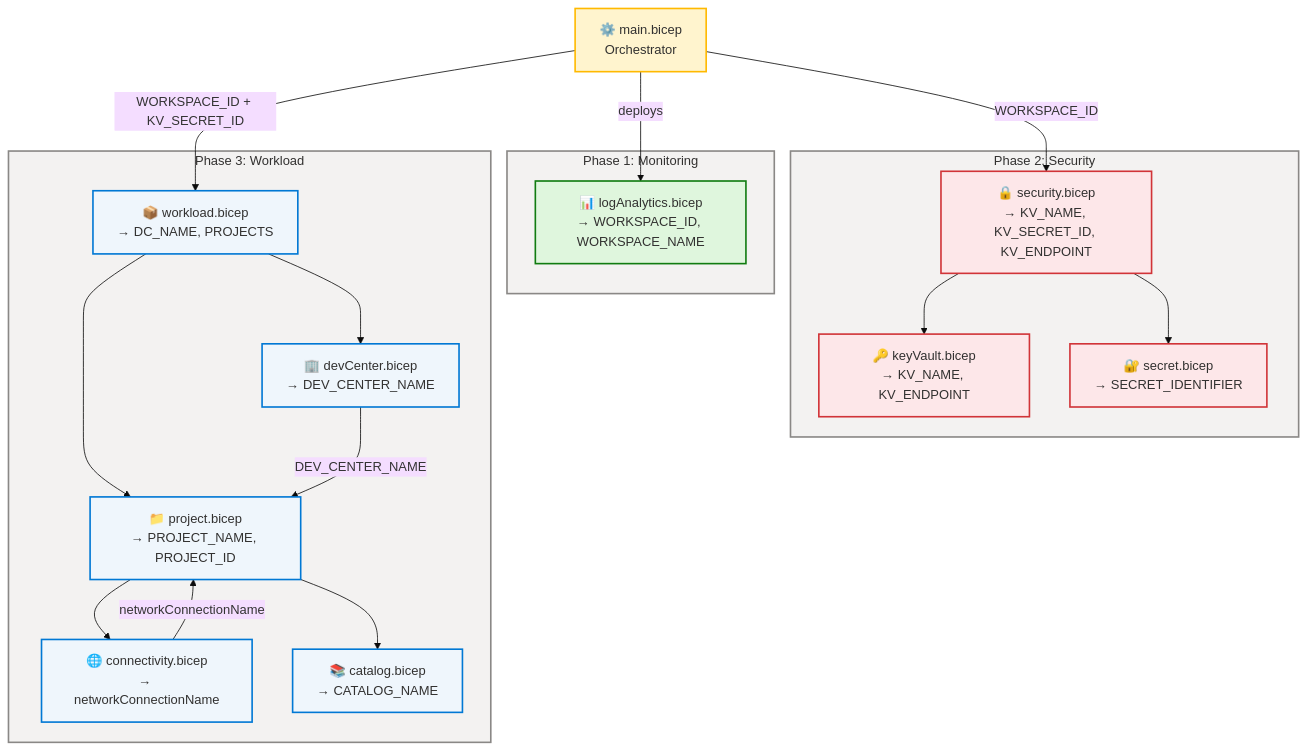
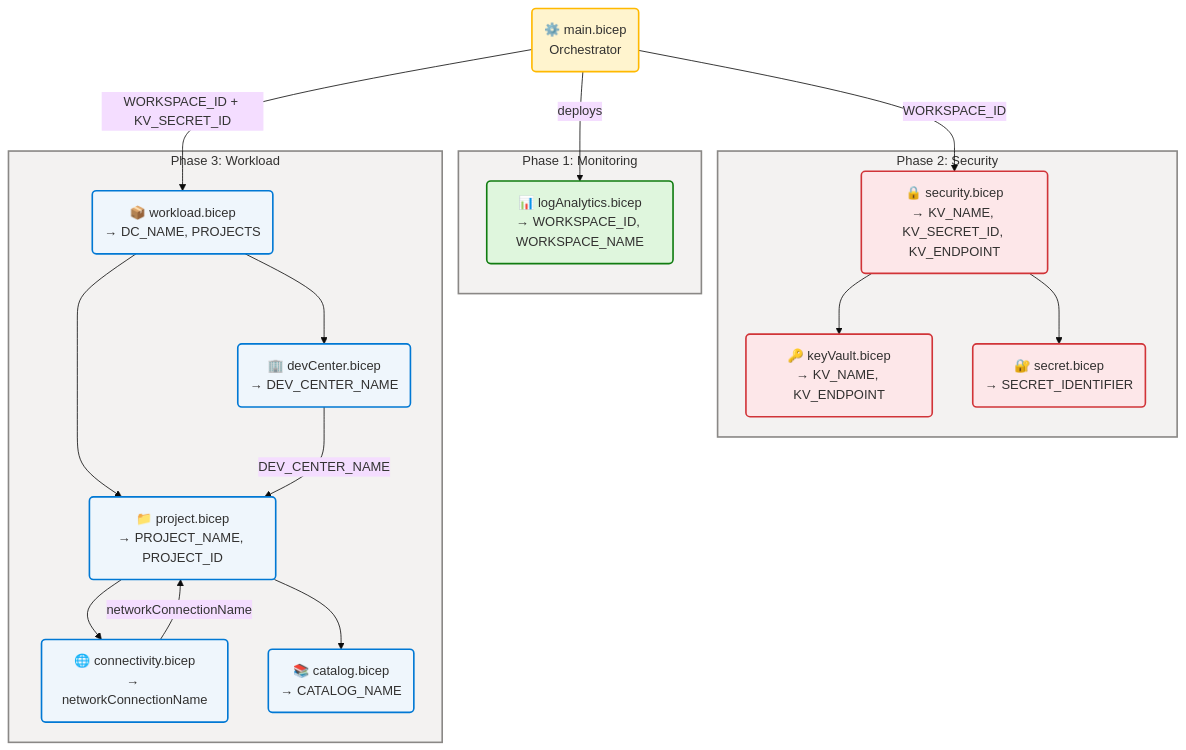
One commit to Evilazaro/DevExp-DevBox changed diagram 14 of 14 in docs/architecture/data-architecture.md. Above: the diagram before and after it, drawn with Mermaid.

Commit message:
feat: update class definitions and styling in data architecture diagrams

````diff
--- a/docs/architecture/data-architecture.md
+++ b/docs/architecture/data-architecture.md
@@ -1497,64 +1497,64 @@
 ```mermaid
 ---
 config:
   theme: base
   look: classic
   layout: dagre
   themeVariables:
     fontSize: "16px"
 ---
 flowchart TD
     accTitle: DevExp-DevBox Producer-Consumer Dependency Matrix
     accDescr: Shows the producer-consumer relationships between all Bicep modules with dependency types and data flow directions
 
     %% ═══════════════════════════════════════════════════════════════════════════
     %% AZURE / FLUENT ARCHITECTURE PATTERN v1.1
     %% (Semantic + Structural + Font + Accessibility Governance)
     %% ═══════════════════════════════════════════════════════════════════════════
     %% PHASE 1 - FLUENT UI: All styling uses approved Fluent UI palette only
     %% PHASE 2 - GROUPS: Every subgraph has semantic color via style directive
     %% PHASE 3 - COMPONENTS: Every node has semantic classDef + icon prefix
     %% PHASE 4 - ACCESSIBILITY: accTitle/accDescr present, WCAG AA contrast
     %% PHASE 5 - STANDARD: Governance block present, classDefs centralized
     %% ═══════════════════════════════════════════════════════════════════════════
 
-    classDef phase1 fill:#DFF6DD,stroke:#107C10,stroke-width:2px,color:#323130
-    classDef phase2 fill:#FDE7E9,stroke:#D13438,stroke-width:2px,color:#323130
-    classDef phase3 fill:#EFF6FC,stroke:#0078D4,stroke-width:2px,color:#323130
-    classDef orchestrator fill:#FFF4CE,stroke:#FFB900,stroke-width:2px,color:#323130
-
-    MAIN["⚙️ main.bicep<br>Orchestrator"]:::orchestrator
+    MAIN("⚙️ main.bicep<br>Orchestrator"):::warning
 
     subgraph Phase1["Phase 1: Monitoring"]
-        MON["📊 logAnalytics.bicep<br>→ WORKSPACE_ID, WORKSPACE_NAME"]:::phase1
+        MON("📊 logAnalytics.bicep<br>→ WORKSPACE_ID, WORKSPACE_NAME"):::success
     end
     style Phase1 fill:#F3F2F1,stroke:#8A8886,stroke-width:2px,color:#323130
 
     subgraph Phase2["Phase 2: Security"]
-        SEC["🔒 security.bicep<br>→ KV_NAME, KV_SECRET_ID, KV_ENDPOINT"]:::phase2
-        KV["🔑 keyVault.bicep<br>→ KV_NAME, KV_ENDPOINT"]:::phase2
-        SECRET["🔐 secret.bicep<br>→ SECRET_IDENTIFIER"]:::phase2
+        SEC("🔒 security.bicep<br>→ KV_NAME, KV_SECRET_ID, KV_ENDPOINT"):::danger
+        KV("🔑 keyVault.bicep<br>→ KV_NAME, KV_ENDPOINT"):::danger
+        SECRET("🔐 secret.bicep<br>→ SECRET_IDENTIFIER"):::danger
     end
     style Phase2 fill:#F3F2F1,stroke:#8A8886,stroke-width:2px,color:#323130
 
     subgraph Phase3["Phase 3: Workload"]
-        WL["📦 workload.bicep<br>→ DC_NAME, PROJECTS"]:::phase3
-        DC["🏢 devCenter.bicep<br>→ DEV_CENTER_NAME"]:::phase3
-        PROJ["📁 project.bicep<br>→ PROJECT_NAME, PROJECT_ID"]:::phase3
-        CONN["🌐 connectivity.bicep<br>→ networkConnectionName"]:::phase3
-        CAT["📚 catalog.bicep<br>→ CATALOG_NAME"]:::phase3
+        WL("📦 workload.bicep<br>→ DC_NAME, PROJECTS"):::core
+        DC("🏢 devCenter.bicep<br>→ DEV_CENTER_NAME"):::core
+        PROJ("📁 project.bicep<br>→ PROJECT_NAME, PROJECT_ID"):::core
+        CONN("🌐 connectivity.bicep<br>→ networkConnectionName"):::core
+        CAT("📚 catalog.bicep<br>→ CATALOG_NAME"):::core
     end
     style Phase3 fill:#F3F2F1,stroke:#8A8886,stroke-width:2px,color:#323130
 
     MAIN -->|"deploys"| MON
     MAIN -->|"WORKSPACE_ID"| SEC
     MAIN -->|"WORKSPACE_ID + KV_SECRET_ID"| WL
     SEC --> KV
     SEC --> SECRET
     WL --> DC
     WL --> PROJ
     DC -->|"DEV_CENTER_NAME"| PROJ
     PROJ --> CONN
     PROJ --> CAT
     CONN -->|"networkConnectionName"| PROJ
+
+    classDef success fill:#DFF6DD,stroke:#107C10,stroke-width:2px,color:#323130
+    classDef danger fill:#FDE7E9,stroke:#D13438,stroke-width:2px,color:#323130
+    classDef core fill:#EFF6FC,stroke:#0078D4,stroke-width:2px,color:#323130
+    classDef warning fill:#FFF4CE,stroke:#FFB900,stroke-width:2px,color:#323130
 ```
````
